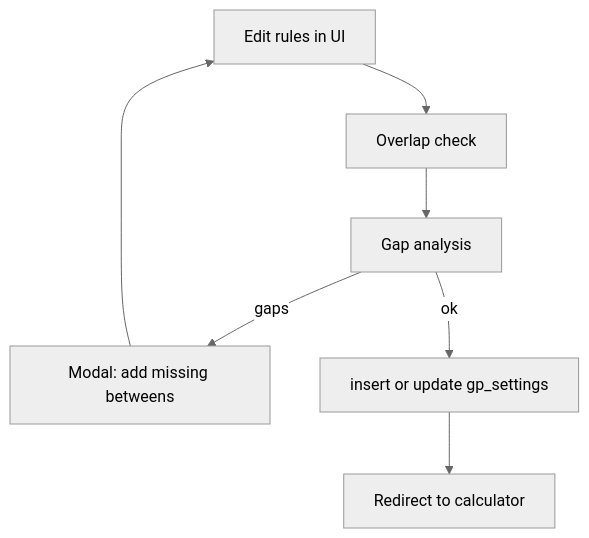
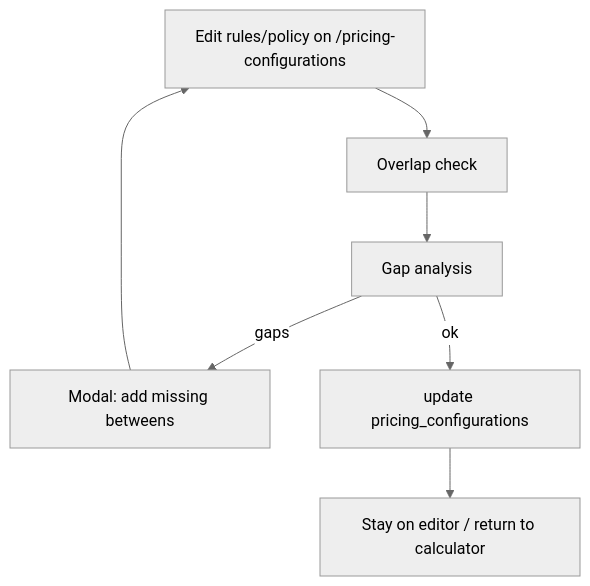
The seventh of 7 diagrams in docs/ARCHITECTURE.md (DanWarham/wine-gp-calculator), drawn with Mermaid (neutral theme) before and after one commit. The commit also changed other lines of this file and 7 other files, not shown here.

````diff
--- a/docs/ARCHITECTURE.md
+++ b/docs/ARCHITECTURE.md
@@ -289,9 +289,9 @@
 ```mermaid
 flowchart TD
-  E[Edit rules in UI] --> V[Overlap check]
+  E[Edit rules/policy on /pricing-configurations] --> V[Overlap check]
   V --> G[Gap analysis]
   G -->|gaps| M[Modal: add missing betweens]
-  G -->|ok| S[insert or update gp_settings]
+  G -->|ok| S[update pricing_configurations]
   M --> E
-  S --> H[Redirect to calculator]
+  S --> H[Stay on editor / return to calculator]
 ```
````
